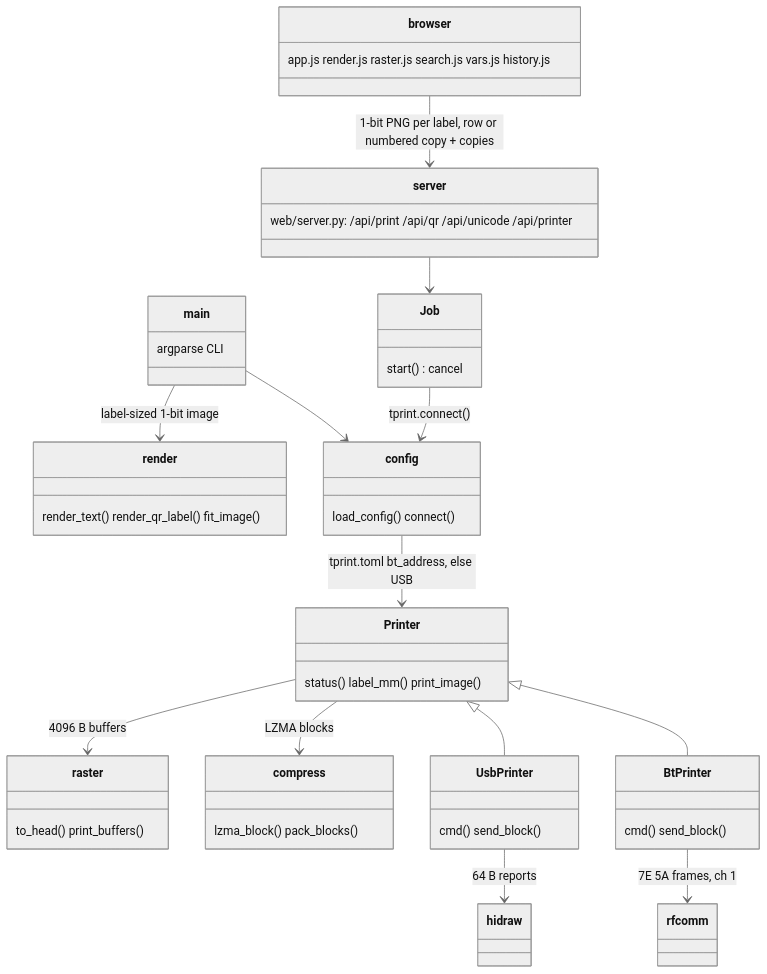
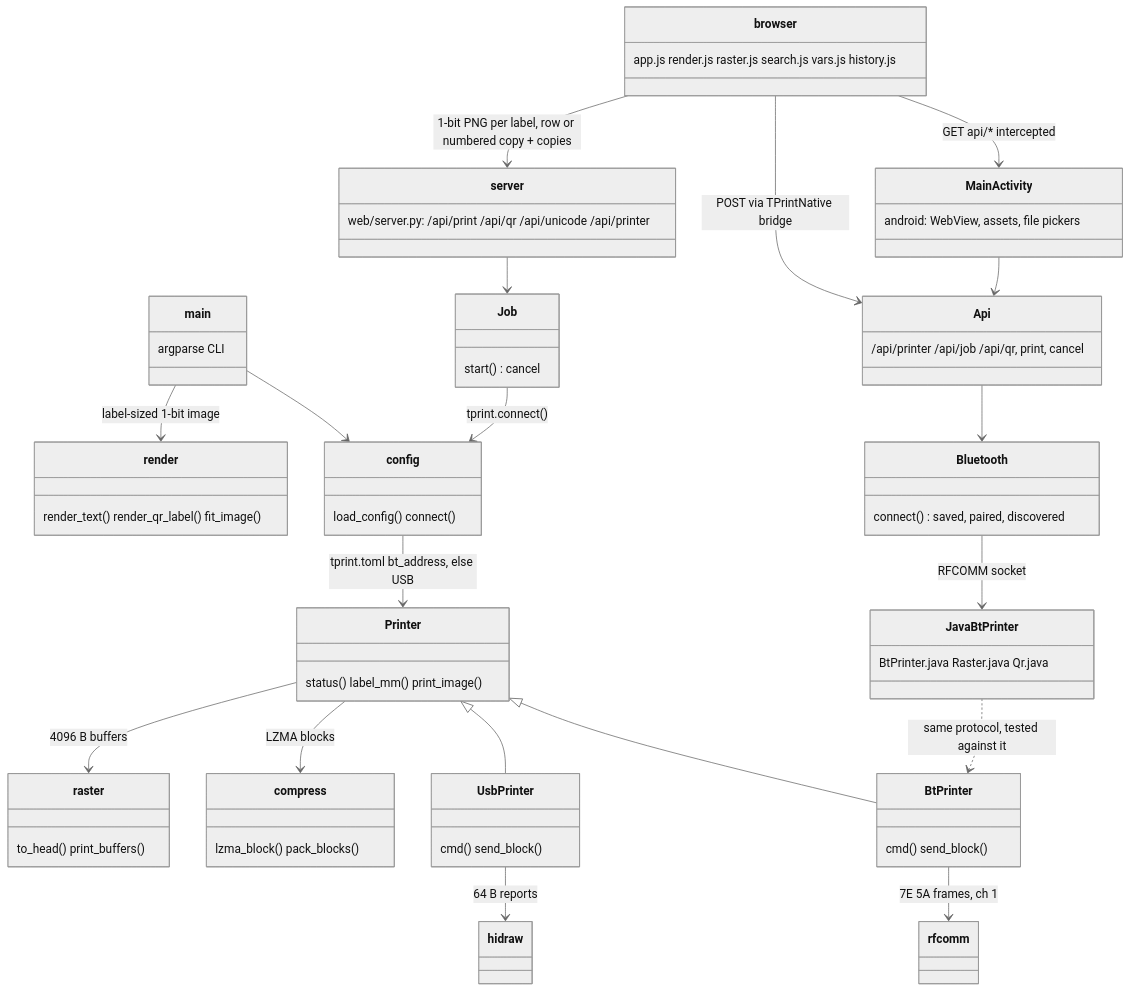
One commit to tmpk13/thermal-printer-py changed the diagram in README.md. Above: the diagram before and after it, drawn with Mermaid (neutral theme). The commit also changed other lines of this file and 21 other files, not shown here.

First line of the commit message:
Add Android app that prints labels from the phone over Bluetooth

````diff
--- a/README.md
+++ b/README.md
@@ -52,26 +64,36 @@
 ```mermaid
 classDiagram
     class main { argparse CLI }
     class render { render_text() render_qr_label() fit_image() }
     class raster { to_head() print_buffers() }
     class compress { lzma_block() pack_blocks() }
     class Printer { status() label_mm() print_image() }
     class UsbPrinter { cmd() send_block() }
     class BtPrinter { cmd() send_block() }
     class config { load_config() connect() }
     class server { web/server.py: /api/print /api/qr /api/unicode /api/printer }
     class Job { start() cancel }
     class browser { app.js render.js raster.js search.js vars.js history.js }
     main --> render : label-sized 1-bit image
     main --> config
     config --> Printer : tprint.toml bt_address, else USB
     browser --> server : 1-bit PNG per label, row or numbered copy + copies
     server --> Job
     Job --> config : tprint.connect()
     Printer <|-- UsbPrinter
     Printer <|-- BtPrinter
     Printer --> raster : 4096 B buffers
     Printer --> compress : LZMA blocks
     UsbPrinter --> hidraw : 64 B reports
     BtPrinter --> rfcomm : 7E 5A frames, ch 1
+    class MainActivity { android: WebView, assets, file pickers }
+    class Api { /api/printer /api/job /api/qr, print, cancel }
+    class Bluetooth { connect() saved, paired, discovered }
+    class JavaBtPrinter { BtPrinter.java Raster.java Qr.java }
+    browser --> MainActivity : GET api/* intercepted
+    browser --> Api : POST via TPrintNative bridge
+    MainActivity --> Api
+    Api --> Bluetooth
+    Bluetooth --> JavaBtPrinter : RFCOMM socket
+    JavaBtPrinter ..> BtPrinter : same protocol, tested against it
 ```
````
